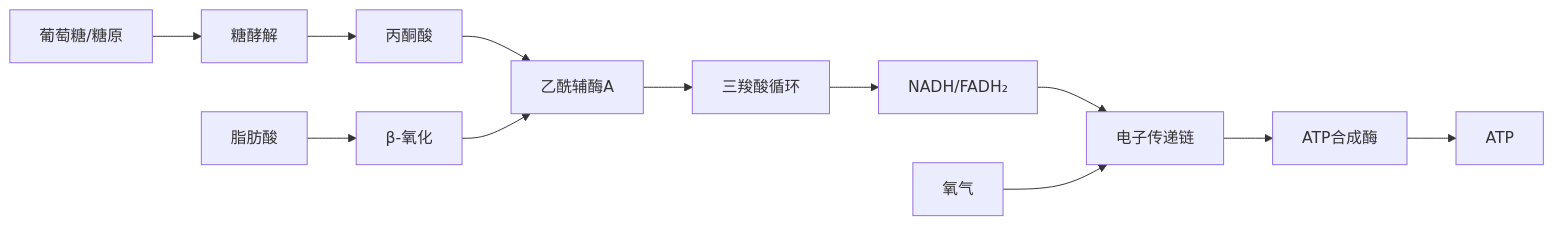
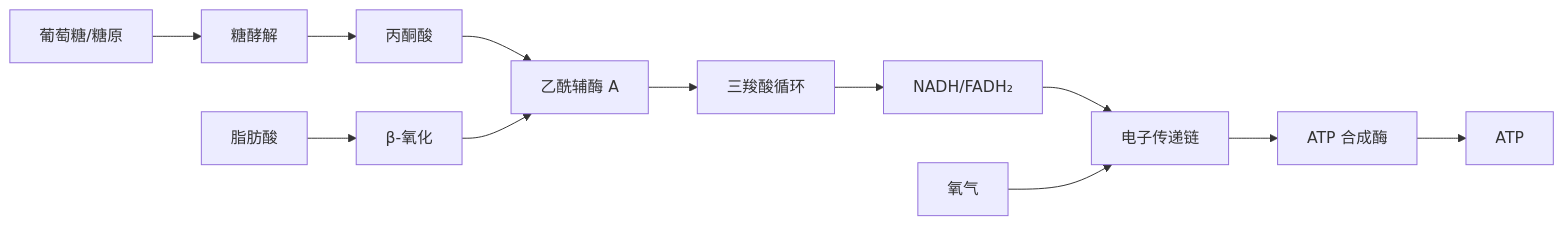
Before and after one commit to Tianshang301/TianshangKnowledgeBase: the second of 2 diagrams in 12_SportsScience/SportsMedicine/MetabolismAndExercise.md, drawn with Mermaid. The commit also changed other lines of this file and 2257 other files, not shown here.

````diff
--- a/12_SportsScience/SportsMedicine/MetabolismAndExercise.md
+++ b/12_SportsScience/SportsMedicine/MetabolismAndExercise.md
@@ -118,16 +120,16 @@
 ```mermaid
 graph LR
     A[葡萄糖/糖原] --> B[糖酵解]
     B --> C[丙酮酸]
-    C --> D[乙酰辅酶A]
+    C --> D[乙酰辅酶 A]
     D --> E[三羧酸循环]
     E --> F[NADH/FADH₂]
     F --> G[电子传递链]
-    G --> H[ATP合成酶]
+    G --> H[ATP 合成酶]
     H --> I[ATP]
     
     J[脂肪酸] --> K[β-氧化]
     K --> D
     
     L[氧气] --> G
 ```
````
